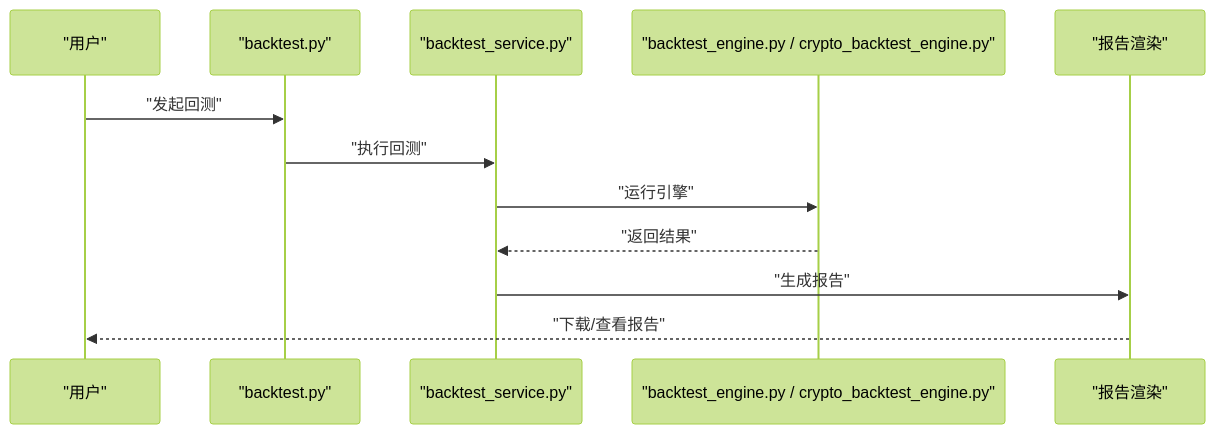
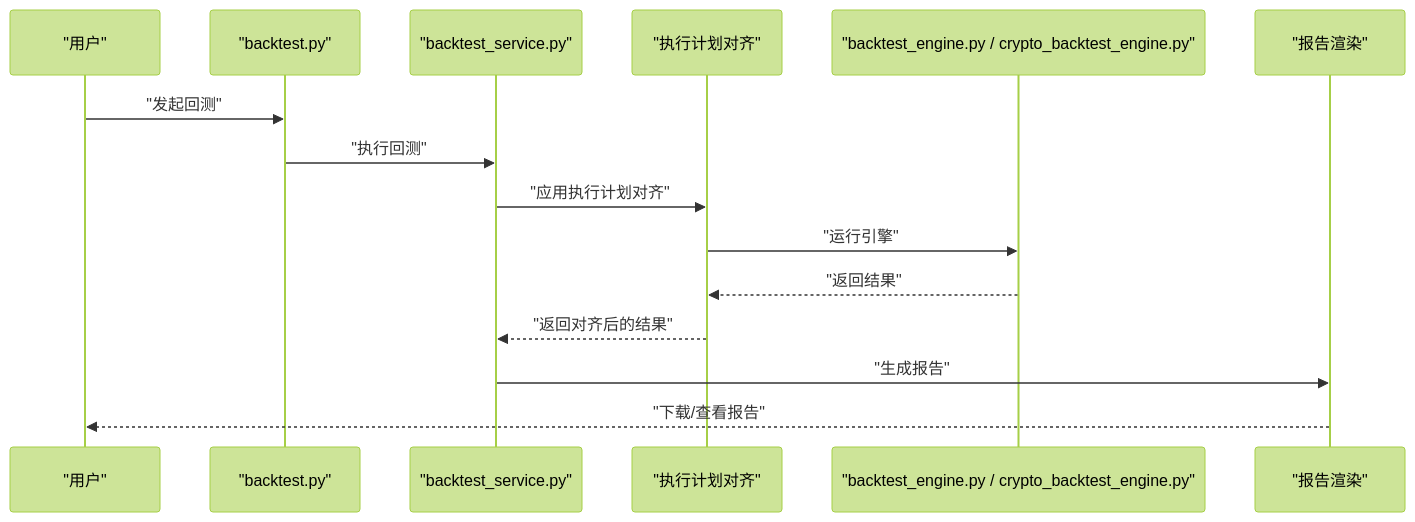
The seventh of 8 diagrams in .qoder/repowiki/zh/content/交易策略系统/风险管理.md (anYaoooo/daily_stock_analysis), drawn with Mermaid (forest theme) before and after one commit. The commit also changed other lines of this file and 23 other files, not shown here.

````diff
--- a/.qoder/repowiki/zh/content/交易策略系统/风险管理.md
+++ b/.qoder/repowiki/zh/content/交易策略系统/风险管理.md
@@ -288,14 +362,17 @@
 ```mermaid
 sequenceDiagram
 participant User as "用户"
 participant API as "backtest.py"
 participant Service as "backtest_service.py"
+participant Analyzer as "执行计划对齐"
 participant Engine as "backtest_engine.py / crypto_backtest_engine.py"
 participant Report as "报告渲染"
 User->>API : "发起回测"
 API->>Service : "执行回测"
-Service->>Engine : "运行引擎"
-Engine-->>Service : "返回结果"
+Service->>Analyzer : "应用执行计划对齐"
+Analyzer->>Engine : "运行引擎"
+Engine-->>Analyzer : "返回结果"
+Analyzer-->>Service : "返回对齐后的结果"
 Service->>Report : "生成报告"
 Report-->>User : "下载/查看报告"
 ```
````
